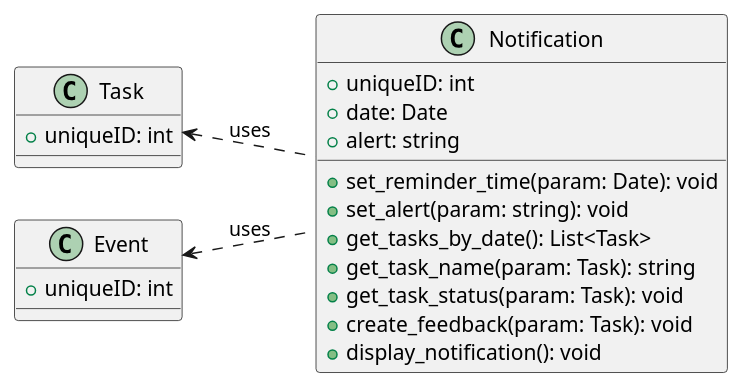
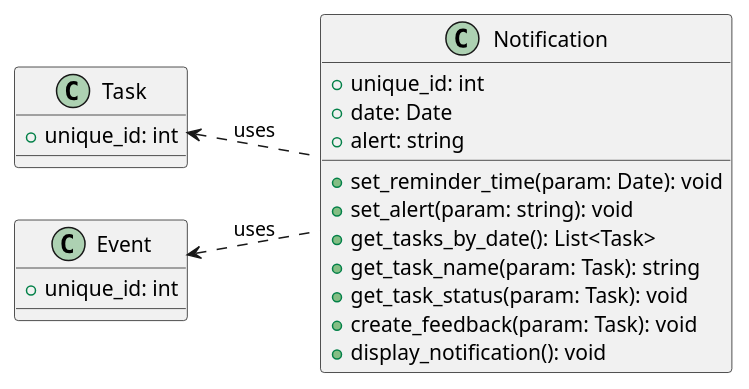
The diagram in assignment6/notification.puml (CS361-2024Fall-Term/Innovators), drawn with PlantUML before and after one commit.

```diff
--- a/assignment6/notification.puml
+++ b/assignment6/notification.puml
@@ -1,31 +1,31 @@
 @startuml
 
 left to right direction
 
 class Notification {
-  +uniqueID: int  
+  +unique_id: int  
   +date: Date
   +alert: string
   
   +set_reminder_time(param: Date): void
   +set_alert(param: string): void
   +get_tasks_by_date(): List<Task>
   +get_task_name(param: Task): string
   +get_task_status(param: Task): void
   +create_feedback(param: Task): void
   +display_notification(): void
 }
 
 
 class Task {
-  +uniqueID: int
+  +unique_id: int
 }
 
 class Event {
-  +uniqueID: int
+  +unique_id: int
 }
 
 Task <.. Notification: uses
 Event <.. Notification: uses
 
 @enduml
```
